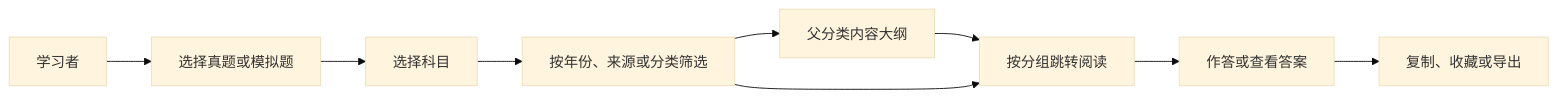
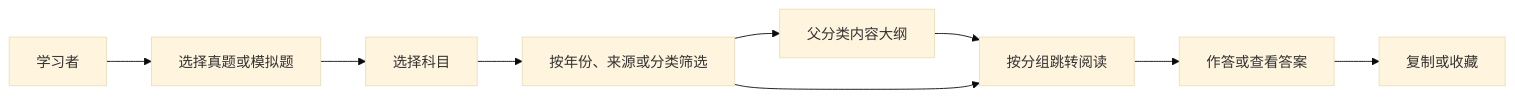
Before and after one commit to ddll8023/408web: the second of 6 diagrams in doc/模块说明文档.md, drawn with Mermaid (base theme). The commit also changed other lines of this file and 18 other files, not shown here.

````diff
--- a/doc/模块说明文档.md
+++ b/doc/模块说明文档.md
@@ -393,11 +393,11 @@
 ```mermaid
 flowchart LR
     U[学习者] --> T[选择真题或模拟题]
     T --> S[选择科目]
     S --> F[按年份、来源或分类筛选]
     F --> N[父分类内容大纲]
     N --> R[按分组跳转阅读]
     F --> R
     R --> A[作答或查看答案]
-    A --> O[复制、收藏或导出]
+    A --> O[复制或收藏]
 ```
````
